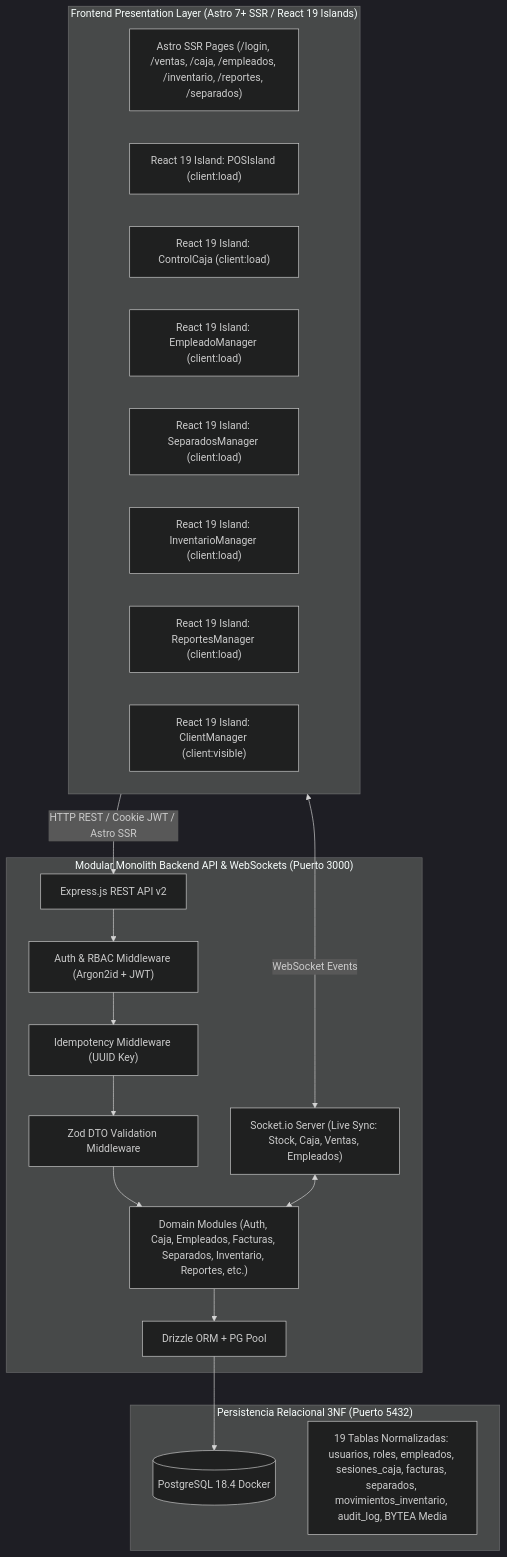
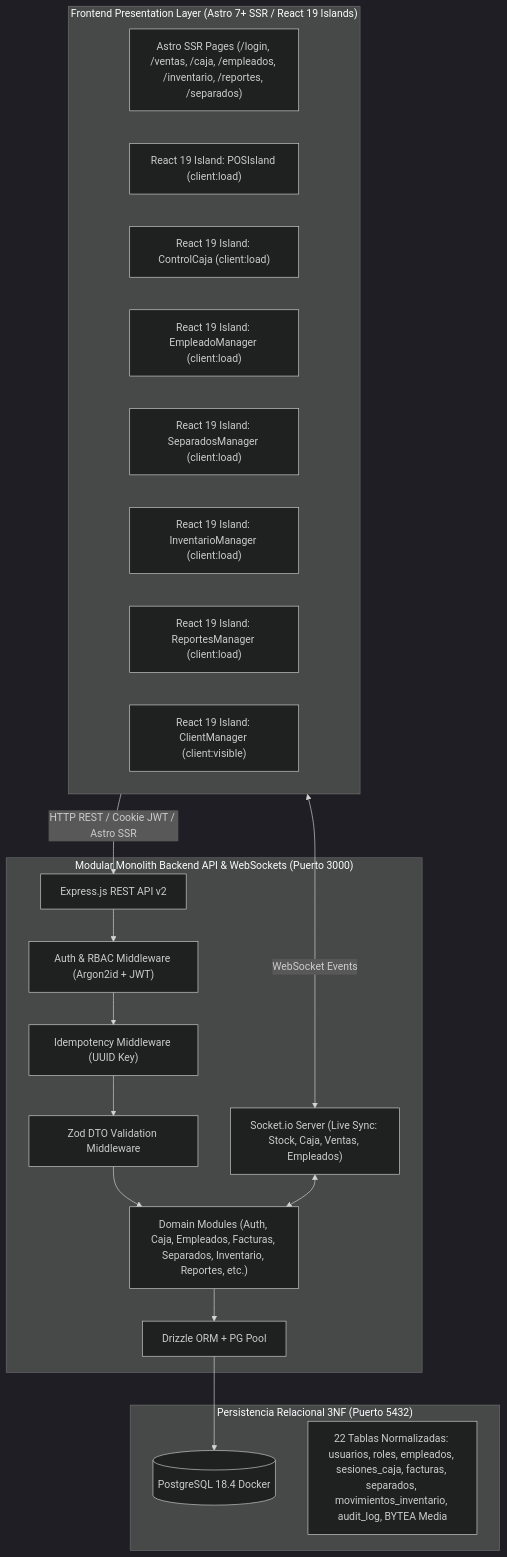
Before and after one commit to TuMyXx93/TumiFact: the diagram in README.md, drawn with Mermaid (dark theme). The commit also changed other lines of this file and 34 other files, not shown here.

First line of the commit message:
chore(config): align architecture, remove dead code and sync documentation

````diff
--- a/README.md
+++ b/README.md
@@ -17,33 +31,33 @@
 ```mermaid
 flowchart TD
     subgraph Client ["Frontend Presentation Layer (Astro 7+ SSR / React 19 Islands)"]
         AstroPages["Astro SSR Pages (/login, /ventas, /caja, /empleados, /inventario, /reportes, /separados)"]
         ReactPOS["React 19 Island: POSIsland (client:load)"]
         ReactCaja["React 19 Island: ControlCaja (client:load)"]
         ReactEmp["React 19 Island: EmpleadoManager (client:load)"]
         ReactSep["React 19 Island: SeparadosManager (client:load)"]
         ReactInv["React 19 Island: InventarioManager (client:load)"]
         ReactRep["React 19 Island: ReportesManager (client:load)"]
         ReactCli["React 19 Island: ClientManager (client:visible)"]
     end
 
     subgraph Backend ["Modular Monolith Backend API & WebSockets (Puerto 3000)"]
         Express["Express.js REST API v2"]
         SocketIO["Socket.io Server (Live Sync: Stock, Caja, Ventas, Empleados)"]
         AuthMiddleware["Auth & RBAC Middleware (Argon2id + JWT)"]
         IdempotencyMW["Idempotency Middleware (UUID Key)"]
         ZodValidation["Zod DTO Validation Middleware"]
         Modules["Domain Modules (Auth, Caja, Empleados, Facturas, Separados, Inventario, Reportes, etc.)"]
         Drizzle["Drizzle ORM + PG Pool"]
     end
 
     subgraph Database ["Persistencia Relacional 3NF (Puerto 5432)"]
         Postgres[(PostgreSQL 18.4 Docker)]
-        Tables["19 Tablas Normalizadas: usuarios, roles, empleados, sesiones_caja, facturas, separados, movimientos_inventario, audit_log, BYTEA Media"]
+        Tables["22 Tablas Normalizadas: usuarios, roles, empleados, sesiones_caja, facturas, separados, movimientos_inventario, audit_log, BYTEA Media"]
     end
 
     Client -->|HTTP REST / Cookie JWT / Astro SSR| Express
     Client <-->|WebSocket Events| SocketIO
     Express --> AuthMiddleware --> IdempotencyMW --> ZodValidation --> Modules --> Drizzle --> Postgres
     SocketIO <--> Modules
 ```
````
